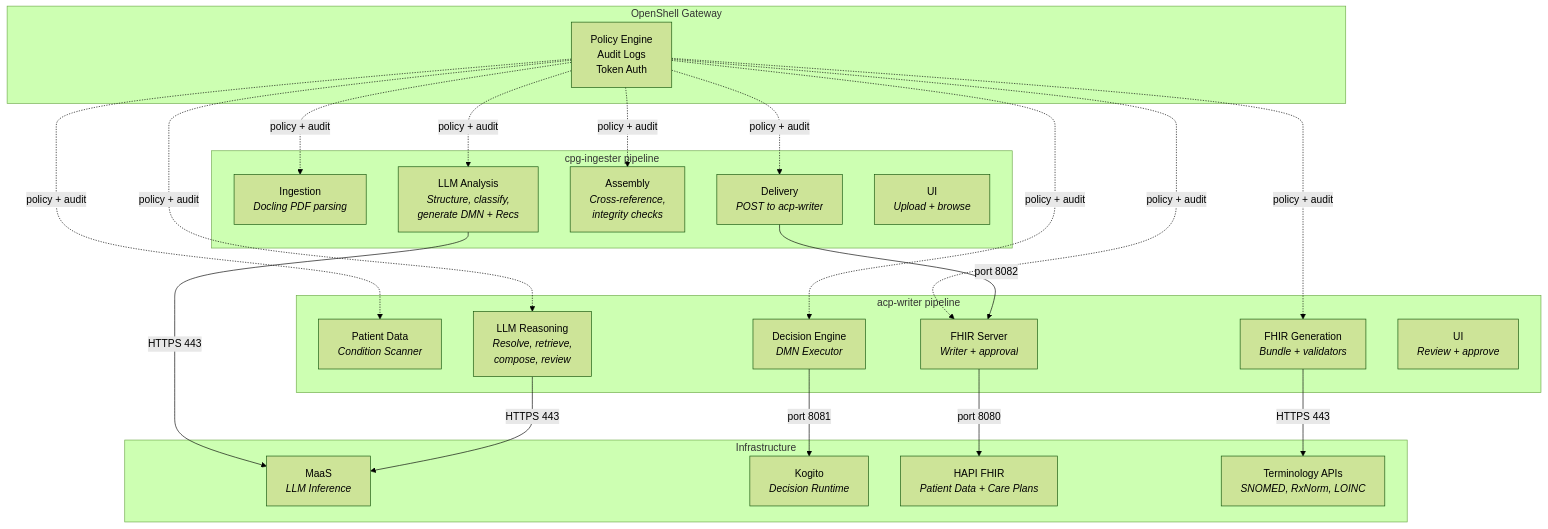
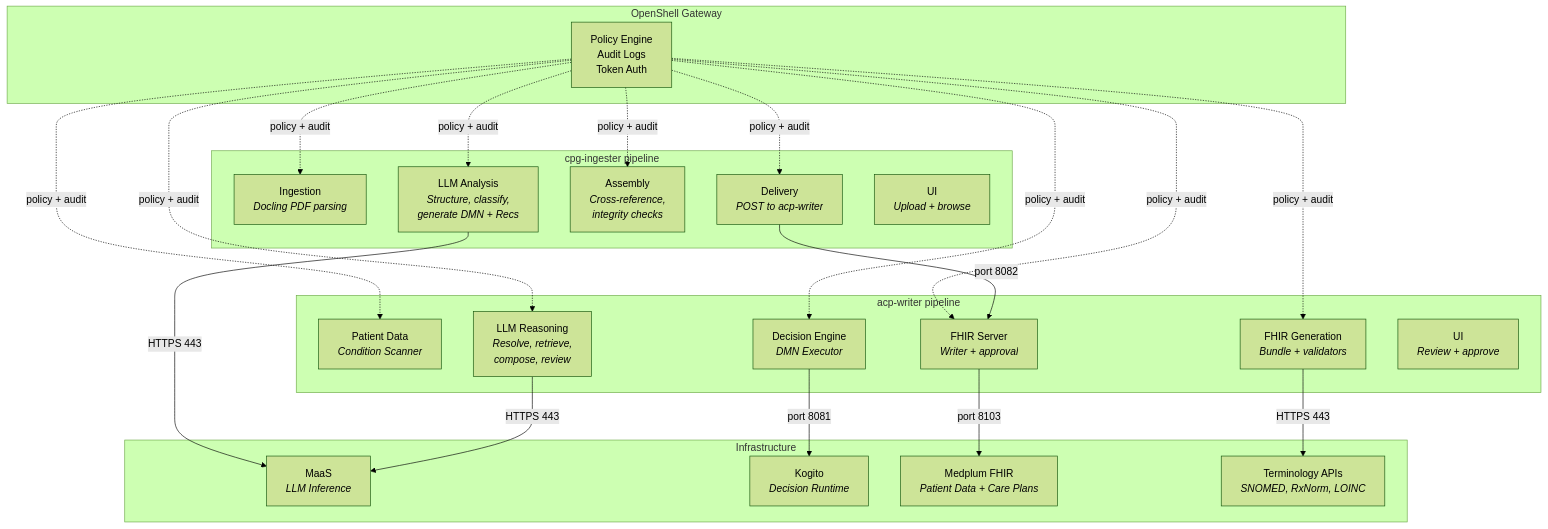
One commit to jaideepr97/cpg-to-acp changed the first of 3 diagrams in docs/openshell-agent-security.md. Above: the diagram before and after it, drawn with Mermaid (forest theme). The commit also changed other lines of this file and 2 other files, not shown here.

First line of the commit message:
Update living docs from HAPI FHIR to Medplum

````diff
--- a/docs/openshell-agent-security.md
+++ b/docs/openshell-agent-security.md
@@ -27,47 +27,47 @@
 ```mermaid
 graph TB
     subgraph gateway["OpenShell Gateway"]
         GW[Policy Engine<br/>Audit Logs<br/>Token Auth]
     end
 
     subgraph cpg["cpg-ingester pipeline"]
         ING[Ingestion<br/><i>Docling PDF parsing</i>]
         LLM1[LLM Analysis<br/><i>Structure, classify,<br/>generate DMN + Recs</i>]
         ASM[Assembly<br/><i>Cross-reference,<br/>integrity checks</i>]
         DEL[Delivery<br/><i>POST to acp-writer</i>]
         UI1[UI<br/><i>Upload + browse</i>]
     end
 
     subgraph acp["acp-writer pipeline"]
         PAT[Patient Data<br/><i>Condition Scanner</i>]
         LLM2[LLM Reasoning<br/><i>Resolve, retrieve,<br/>compose, review</i>]
         DMN[Decision Engine<br/><i>DMN Executor</i>]
         FHG[FHIR Generation<br/><i>Bundle + validators</i>]
         FHS[FHIR Server<br/><i>Writer + approval</i>]
         UI2[UI<br/><i>Review + approve</i>]
     end
 
     subgraph infra["Infrastructure"]
         MAAS[MaaS<br/><i>LLM Inference</i>]
         KOG[Kogito<br/><i>Decision Runtime</i>]
-        HAPI[HAPI FHIR<br/><i>Patient Data + Care Plans</i>]
+        FHIR[Medplum FHIR<br/><i>Patient Data + Care Plans</i>]
         TERM[Terminology APIs<br/><i>SNOMED, RxNorm, LOINC</i>]
     end
 
     GW -.->|policy + audit| ING
     GW -.->|policy + audit| LLM1
     GW -.->|policy + audit| ASM
     GW -.->|policy + audit| DEL
     GW -.->|policy + audit| PAT
     GW -.->|policy + audit| LLM2
     GW -.->|policy + audit| DMN
     GW -.->|policy + audit| FHG
     GW -.->|policy + audit| FHS
 
     LLM1 -->|HTTPS 443| MAAS
     LLM2 -->|HTTPS 443| MAAS
     DMN -->|port 8081| KOG
     FHG -->|HTTPS 443| TERM
-    FHS -->|port 8080| HAPI
+    FHS -->|port 8103| FHIR
     DEL -->|port 8082| FHS
 ```
````
